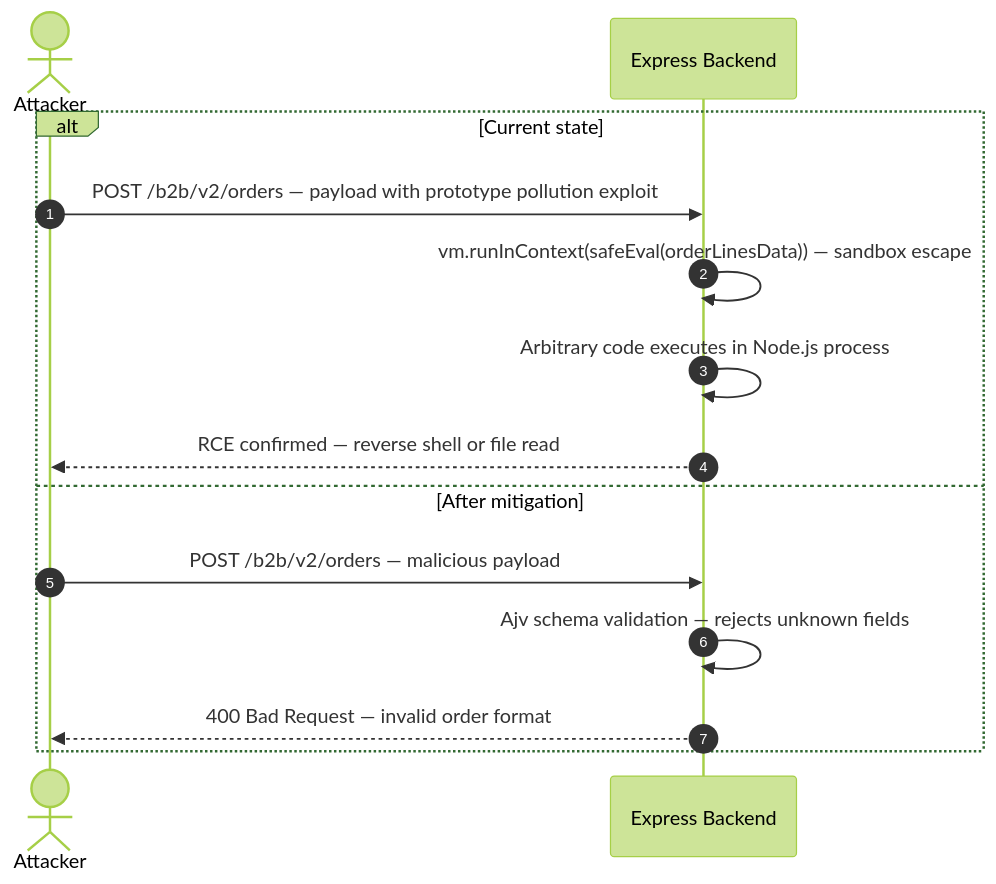
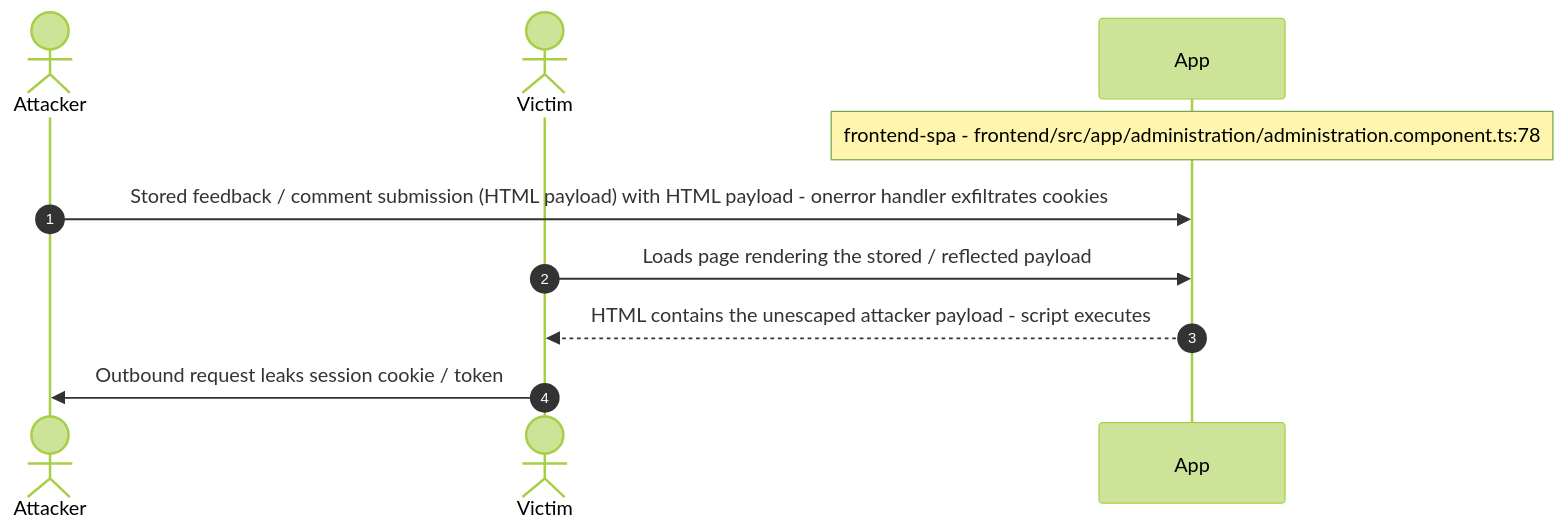
One commit to appsec-foundry/appsec-advisor changed diagram 15 of 19 in examples/threat-modeler/threat-model-juice-shop-standard.md. Above: the diagram before and after it, drawn with Mermaid (forest theme). The commit also changed other lines of this file and 4 other files, not shown here.

````diff
--- a/examples/threat-modeler/threat-model-juice-shop-standard.md
+++ b/examples/threat-modeler/threat-model-juice-shop-standard.md
@@ -732,17 +725,12 @@
 ```mermaid
 sequenceDiagram
     autonumber
     actor Attacker
-    participant App as Express Backend
-
-    alt Current state
-        Attacker->>App: POST /b2b/v2/orders — payload with prototype pollution exploit
-        App->>App: vm.runInContext(safeEval(orderLinesData)) — sandbox escape
-        App->>App: Arbitrary code executes in Node.js process
-        App-->>Attacker: RCE confirmed — reverse shell or file read
-    else After mitigation
-        Attacker->>App: POST /b2b/v2/orders — malicious payload
-        App->>App: Ajv schema validation — rejects unknown fields
-        App-->>Attacker: 400 Bad Request — invalid order format
-    end
+    actor Victim
+    participant App
+    Note over App: frontend-spa - frontend/src/app/administration/administration.component.ts:78
+    Attacker->>App: Stored feedback / comment submission (HTML payload) with HTML payload - onerror handler exfiltrates cookies
+    Victim->>App: Loads page rendering the stored / reflected payload
+    App-->>Victim: HTML contains the unescaped attacker payload - script executes
+    Victim->>Attacker: Outbound request leaks session cookie / token
 ```
````
